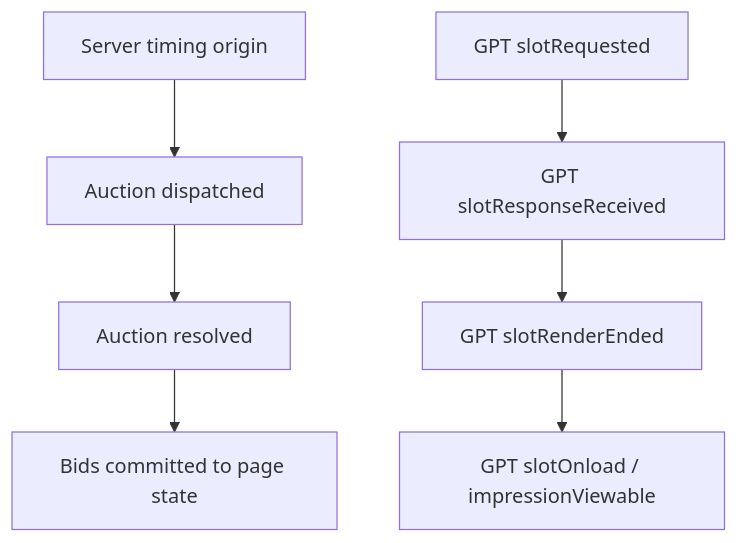
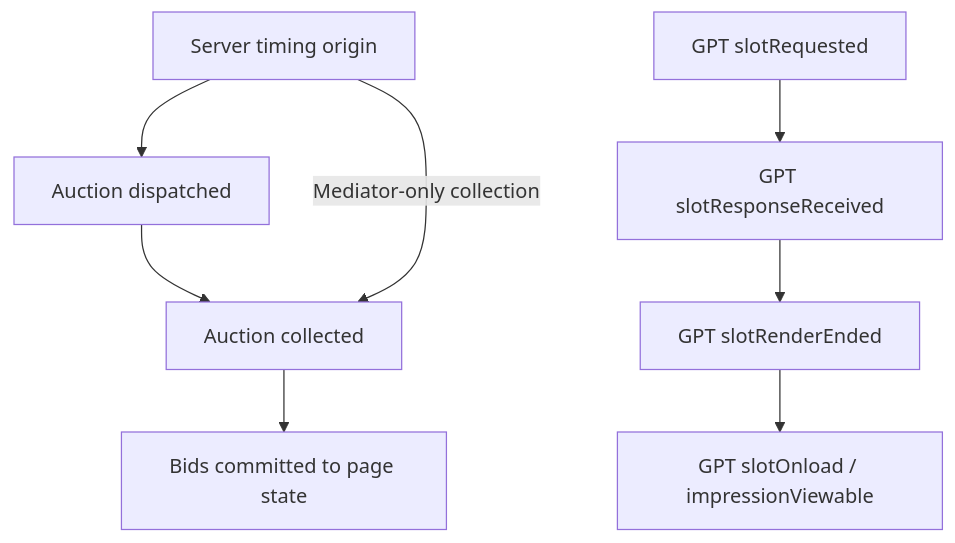
The diagram in docs/guide/integrations/gpt-diagnostics.md (IABTechLab/trusted-server), drawn with Mermaid before and after one commit. The commit also changed other lines of this file and 8 other files, not shown here.

````diff
--- a/docs/guide/integrations/gpt-diagnostics.md
+++ b/docs/guide/integrations/gpt-diagnostics.md
@@ -188,9 +188,10 @@
 ```mermaid
 flowchart TB
     A[Server timing origin] --> B[Auction dispatched]
-    B --> C[Auction resolved]
+    B --> C[Auction collected]
+    A -->|Mediator-only collection| C
     C --> D[Bids committed to page state]
     E[GPT slotRequested] --> F[GPT slotResponseReceived]
     F --> G[GPT slotRenderEnded]
     G --> H[GPT slotOnload / impressionViewable]
 ```
````
